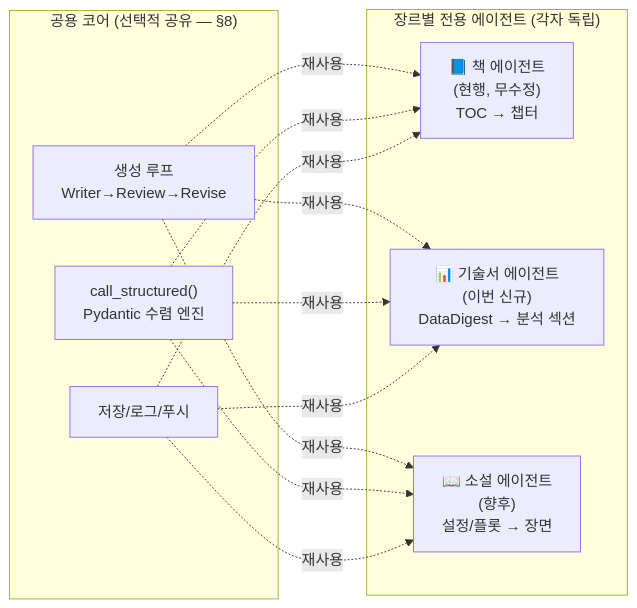
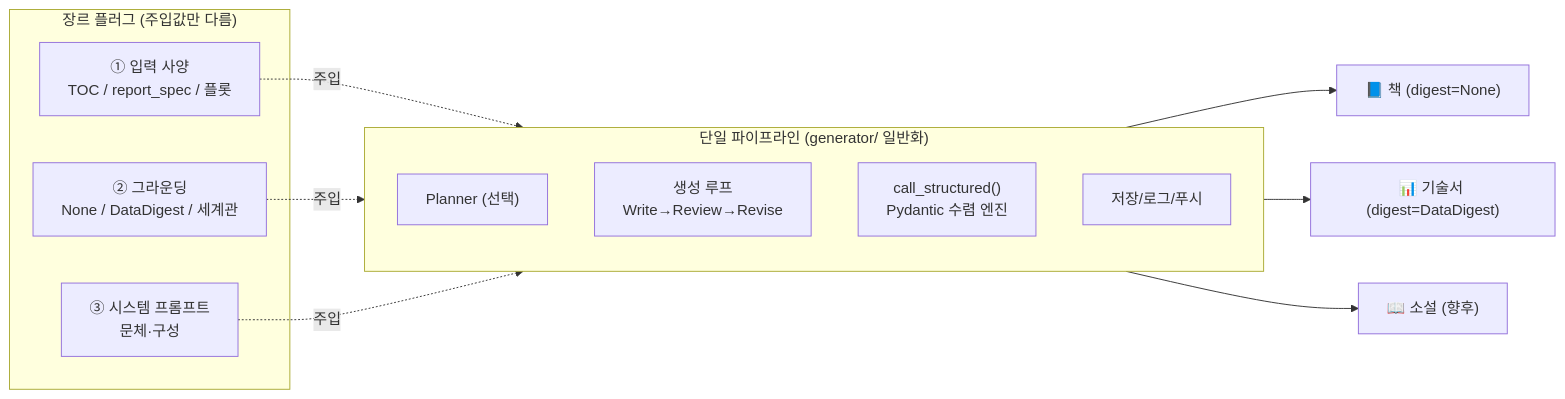
One commit to sayoon01/ai-books changed the first of 2 diagrams in MOLD_DX_AGENT_DESIGN.md. Above: the diagram before and after it, drawn with Mermaid. The commit also changed other lines of this file and 1 other file, not shown here.

First line of the commit message:
docs: 금형 DX 설계 방향을 단일 파이프라인 일반화로 전환

````diff
--- a/MOLD_DX_AGENT_DESIGN.md
+++ b/MOLD_DX_AGENT_DESIGN.md
@@ -87,16 +88,18 @@
 ```mermaid
 flowchart LR
-    subgraph CORE["공용 코어 (선택적 공유 — §8)"]
-        LOOP["생성 루프\nWriter→Review→Revise"]
+    subgraph PIPE["단일 파이프라인 (generator/ 일반화)"]
+        PLAN["Planner (선택)"]
+        LOOP["생성 루프\nWrite→Review→Revise"]
         STRUCT["call_structured()\nPydantic 수렴 엔진"]
         STORE["저장/로그/푸시"]
     end
-    subgraph AGENTS["장르별 전용 에이전트 (각자 독립)"]
-        BOOK["📘 책 에이전트\n(현행, 무수정)\nTOC → 챕터"]
-        TECH["📊 기술서 에이전트\n(이번 신규)\nDataDigest → 분석 섹션"]
-        NOVEL["📖 소설 에이전트\n(향후)\n설정/플롯 → 장면"]
+    subgraph PLUGS["장르 플러그 (주입값만 다름)"]
+        SPECP["① 입력 사양\nTOC / report_spec / 플롯"]
+        GRND["② 그라운딩\nNone / DataDigest / 세계관"]
+        SYSP["③ 시스템 프롬프트\n문체·구성"]
     end
-    LOOP & STRUCT & STORE -.재사용.-> BOOK
-    LOOP & STRUCT & STORE -.재사용.-> TECH
-    LOOP & STRUCT & STORE -.재사용.-> NOVEL
+    SPECP & GRND & SYSP -.주입.-> PIPE
+    PIPE --> BOOK["📘 책 (digest=None)"]
+    PIPE --> TECH["📊 기술서 (digest=DataDigest)"]
+    PIPE --> NOVEL["📖 소설 (향후)"]
 ```
````
